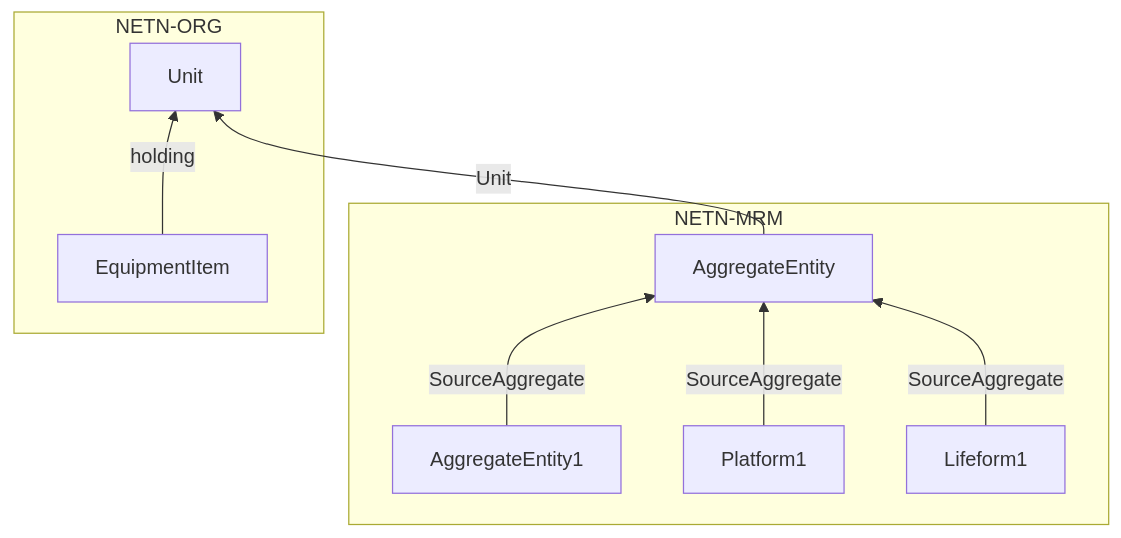
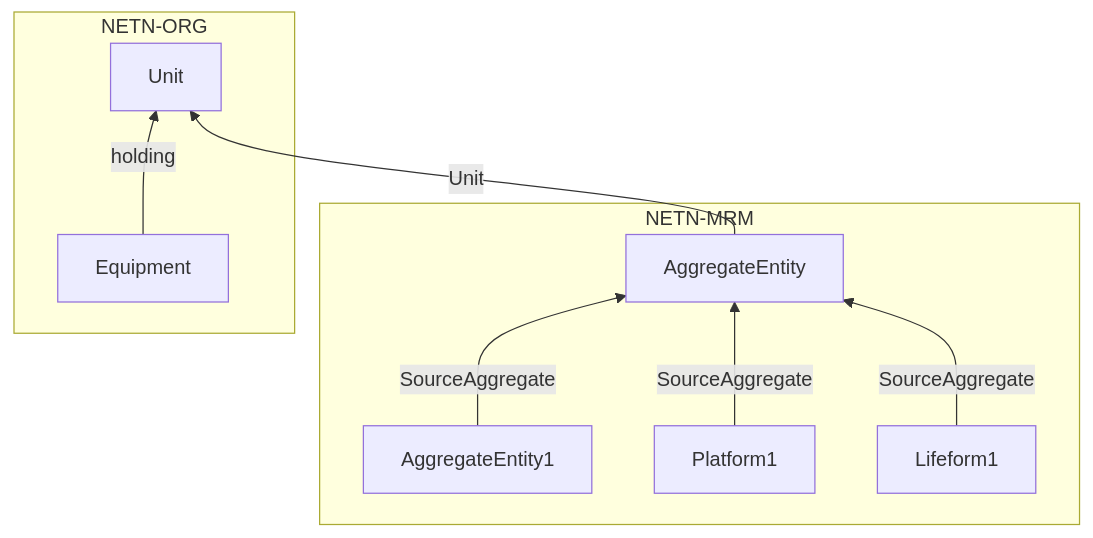
The eighth of 11 diagrams in NETN-MRM.md (AMSP-04/NETN-MRM), drawn with Mermaid before and after one commit. The commit also changed other lines of this file and 3 other files, not shown here.

````diff
--- a/NETN-MRM.md
+++ b/NETN-MRM.md
@@ -232,15 +239,15 @@
-```mermaid
-flowchart BT
-
- subgraph NETN-ORG
-    EquipmentItem --holding--> Unit
- end
-
-AggregateEntity --Unit--> Unit
-
- subgraph NETN-MRM
-    AggregateEntity1--SourceAggregate-->AggregateEntity
-    Platform1--SourceAggregate-->AggregateEntity
-    Lifeform1--SourceAggregate-->AggregateEntity
- end
-```
+```mermaid 
+flowchart BT 
+ 
+subgraph NETN-ORG 
+Equipment --holding--> Unit 
+end 
+ 
+AggregateEntity --Unit--> Unit 
+ 
+subgraph NETN-MRM 
+AggregateEntity1--SourceAggregate-->AggregateEntity 
+Platform1--SourceAggregate-->AggregateEntity 
+Lifeform1--SourceAggregate-->AggregateEntity 
+end 
+``` 
````
